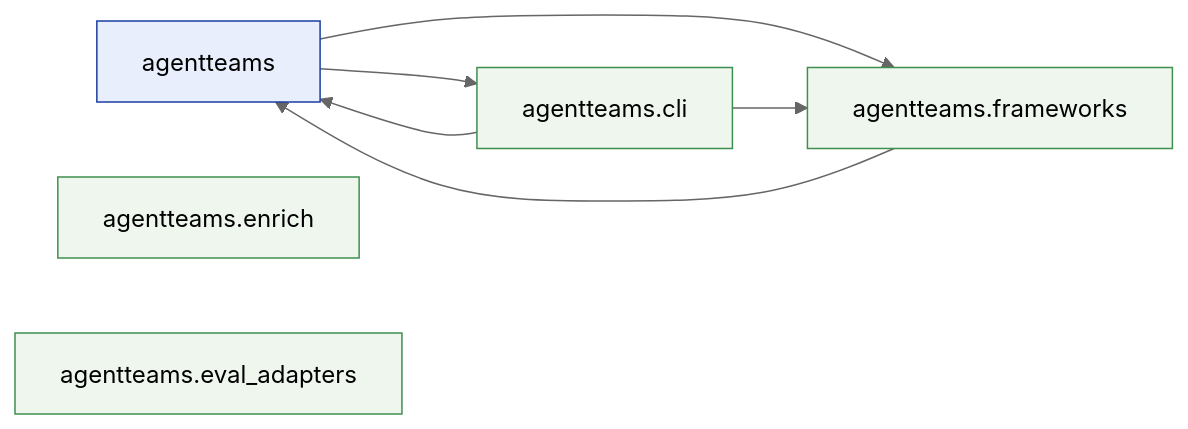
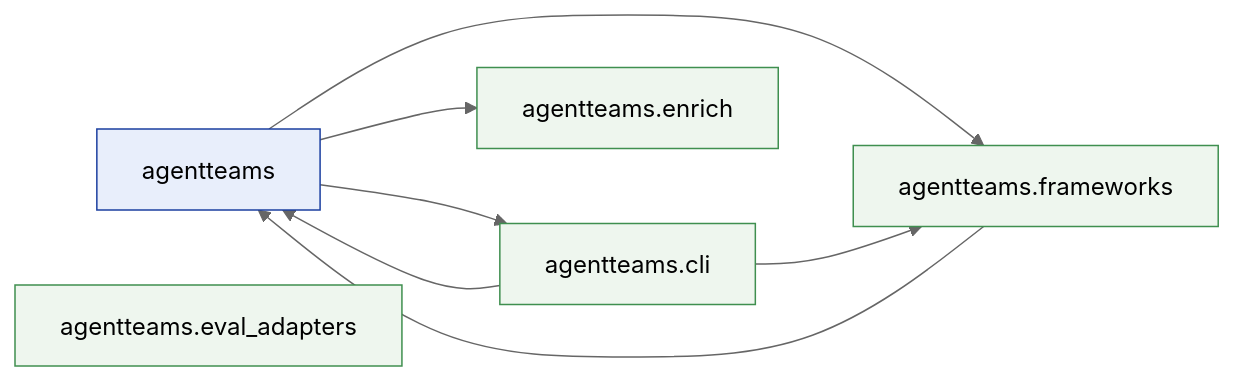
The first of 2 diagrams in references/architecture-graph.md (jlcatonjr/agentteams), drawn with Mermaid (neutral theme) before and after one commit. The commit also changed other lines of this file and 4 other files, not shown here.

First line of the commit message:
fix(architecture,git-hooks): correctness + robustness fixes from adversarial review

````diff
--- a/references/architecture-graph.md
+++ b/references/architecture-graph.md
@@ -17,20 +17,21 @@
 ```mermaid
 flowchart LR
     classDef root fill:#e8eefb,stroke:#1b3fa0,color:#000
     classDef sub  fill:#eef6ee,stroke:#3f8f4f,color:#000
     agentteams["agentteams"]
     class agentteams root
     agentteams_cli["agentteams.cli"]
     class agentteams_cli sub
     agentteams_enrich["agentteams.enrich"]
     class agentteams_enrich sub
     agentteams_eval_adapters["agentteams.eval_adapters"]
     class agentteams_eval_adapters sub
     agentteams_frameworks["agentteams.frameworks"]
     class agentteams_frameworks sub
     agentteams --> agentteams_cli
+    agentteams --> agentteams_enrich
     agentteams --> agentteams_frameworks
     agentteams_cli --> agentteams
     agentteams_cli --> agentteams_frameworks
     agentteams_frameworks --> agentteams
 ```
````
